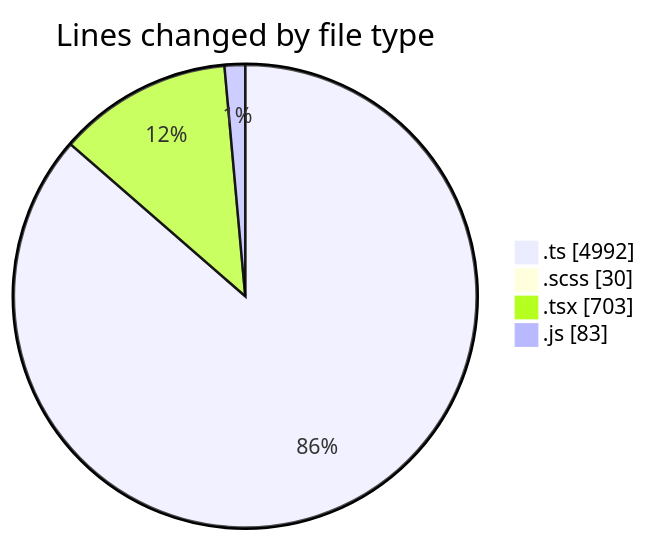
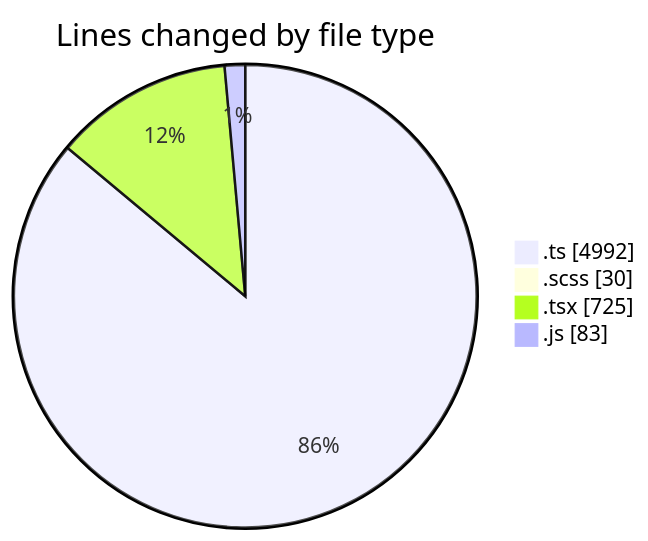
The first of 2 diagrams in 2025-09-12/cda/README.md (momahboobian/code-tracking), drawn with Mermaid before and after one commit. The commit also changed other lines of this file and 1 other file, not shown here.

````diff
--- a/2025-09-12/cda/README.md
+++ b/2025-09-12/cda/README.md
@@ -30,8 +30,8 @@
 ```mermaid
 pie showData
 title Lines changed by file type
 ".ts" : 4992
 ".scss" : 30
-".tsx" : 703
+".tsx" : 725
 ".js" : 83
 ```
````
